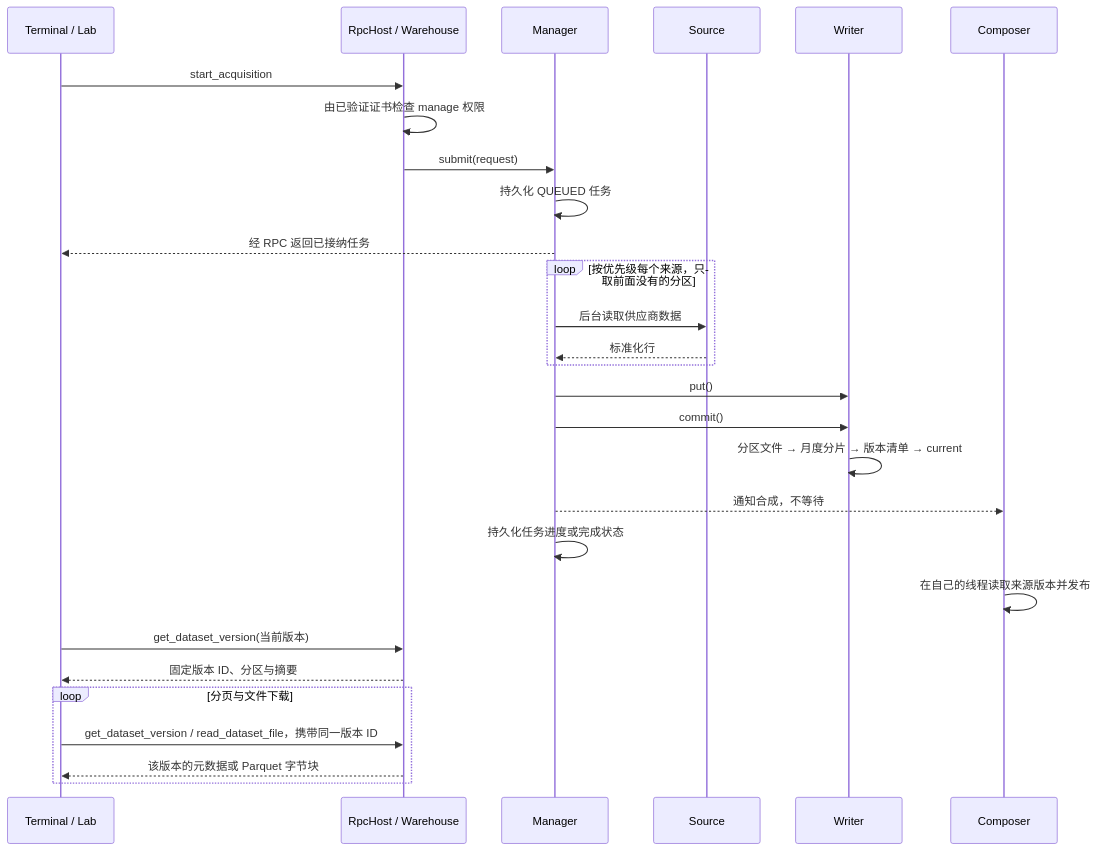
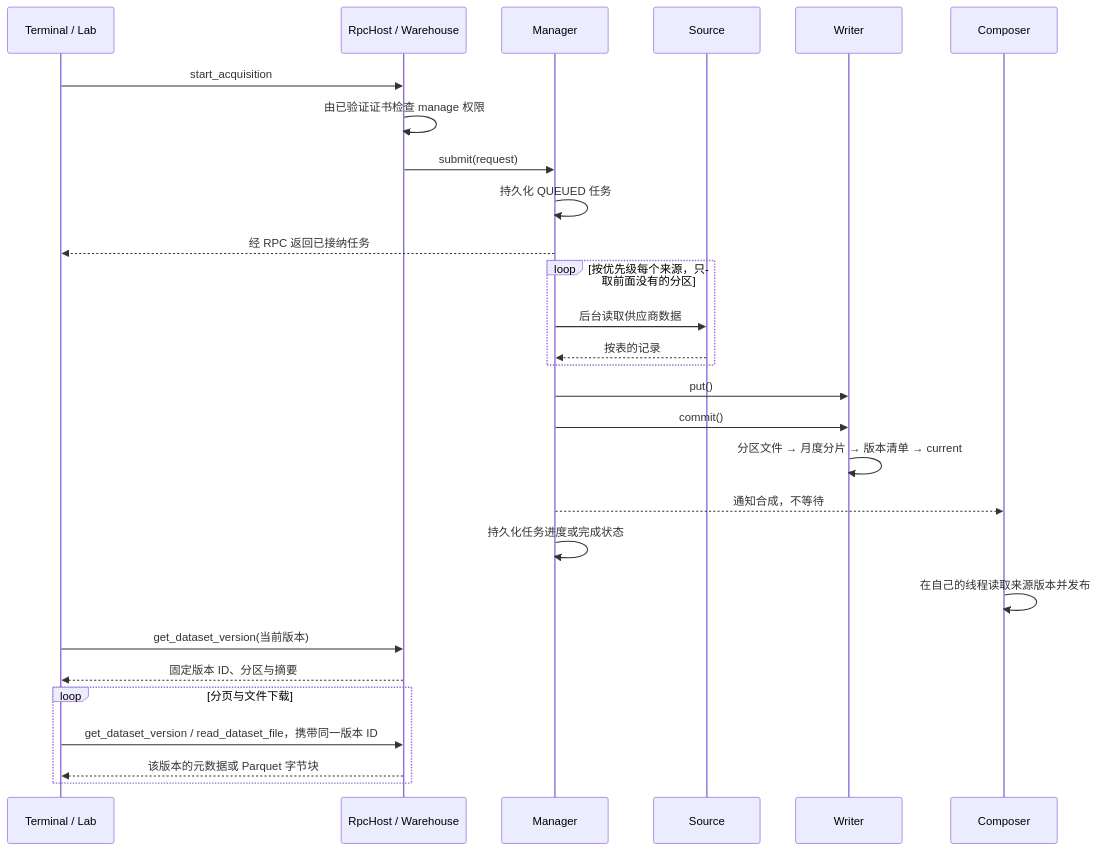
The third of 3 diagrams in docs/warehouse/architecture.md (isqiwen/asterion-terminal), drawn with Mermaid before and after one commit. The commit also changed other lines of this file and 20 other files, not shown here.

````diff
--- a/docs/warehouse/architecture.md
+++ b/docs/warehouse/architecture.md
@@ -79,30 +82,30 @@
 ```mermaid
 sequenceDiagram
     participant Client as Terminal / Lab
     participant RPC as RpcHost / Warehouse
     participant Manager
     participant Source
     participant Writer
     participant Research as Composer
     Client->>RPC: start_acquisition
     RPC->>RPC: 由已验证证书检查 manage 权限
     RPC->>Manager: submit(request)
     Manager->>Manager: 持久化 QUEUED 任务
     Manager-->>Client: 经 RPC 返回已接纳任务
     loop 按优先级每个来源，只取前面没有的分区
         Manager->>Source: 后台读取供应商数据
-        Source-->>Manager: 标准化行
+        Source-->>Manager: 按表的记录
     end
     Manager->>Writer: put()
     Manager->>Writer: commit()
     Writer->>Writer: 分区文件 → 月度分片 → 版本清单 → current
     Manager-->>Research: 通知合成，不等待
     Manager->>Manager: 持久化任务进度或完成状态
     Research->>Research: 在自己的线程读取来源版本并发布
     Client->>RPC: get_dataset_version(当前版本)
     RPC-->>Client: 固定版本 ID、分区与摘要
     loop 分页与文件下载
         Client->>RPC: get_dataset_version / read_dataset_file，携带同一版本 ID
         RPC-->>Client: 该版本的元数据或 Parquet 字节块
     end
 ```
````
